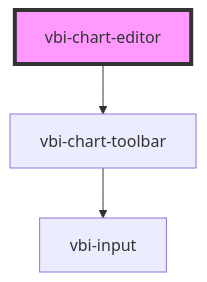
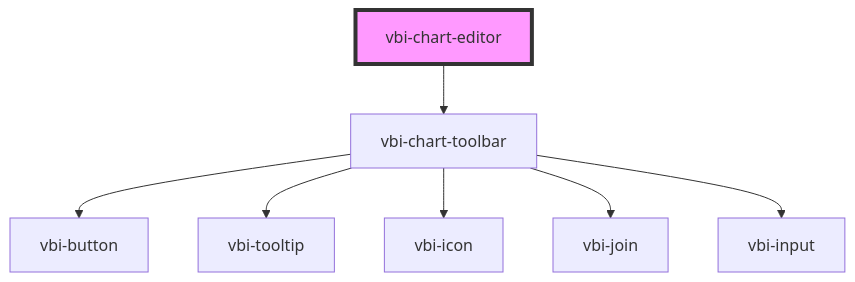
The diagram in packages/vbi-component/src/components/chart/vbi-chart-editor/readme.md (Ditto190/VBI-modme), drawn with Mermaid before and after one commit. The commit also changed 8 other files, not shown here.

Commit message:
feat(vbi-component): implement chart toolbar action buttons

````diff
--- a/packages/vbi-component/src/components/chart/vbi-chart-editor/readme.md
+++ b/packages/vbi-component/src/components/chart/vbi-chart-editor/readme.md
@@ -15,6 +15,10 @@
 ```mermaid
 graph TD;
   vbi-chart-editor --> vbi-chart-toolbar
+  vbi-chart-toolbar --> vbi-button
+  vbi-chart-toolbar --> vbi-tooltip
+  vbi-chart-toolbar --> vbi-icon
+  vbi-chart-toolbar --> vbi-join
   vbi-chart-toolbar --> vbi-input
   style vbi-chart-editor fill:#f9f,stroke:#333,stroke-width:4px
 ```
````
